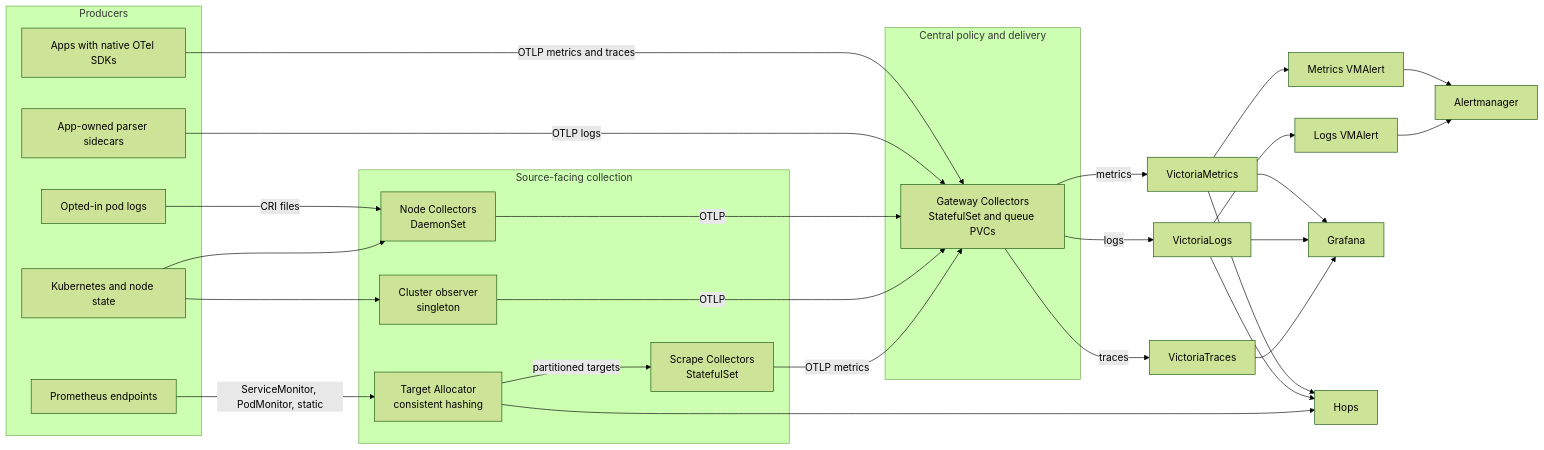
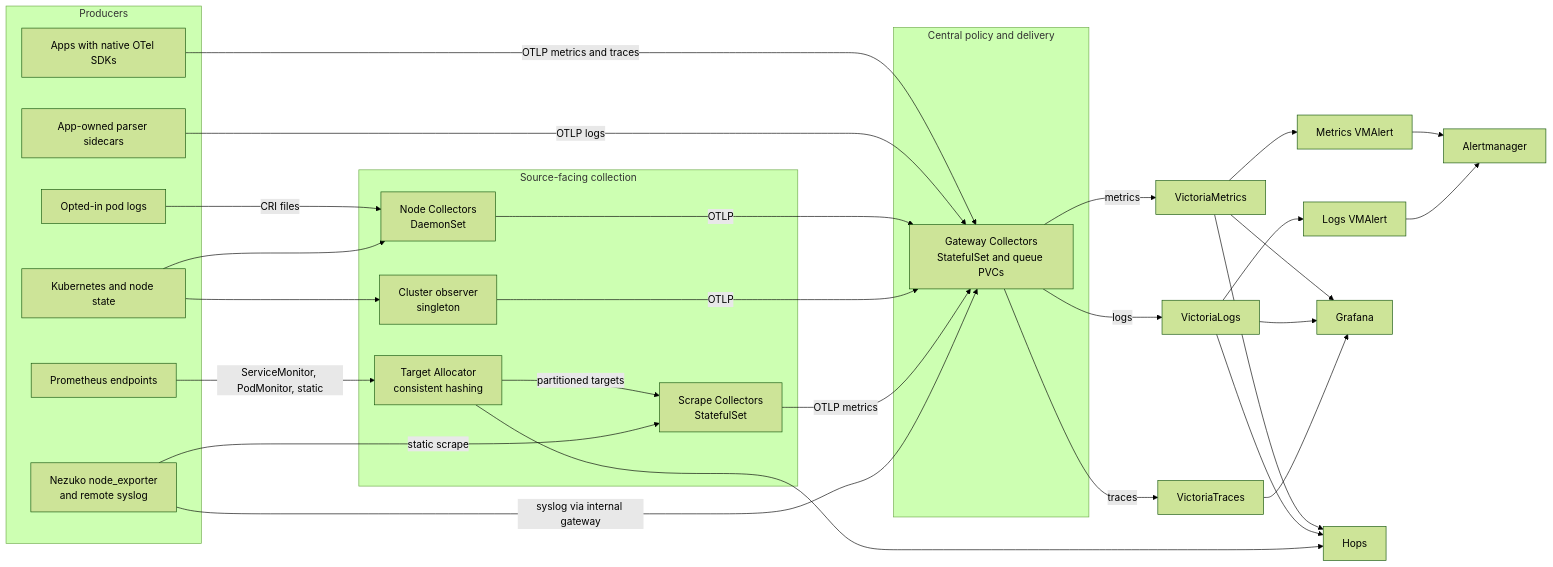
Before and after one commit to rcdailey/home-ops: the diagram in docs/architecture/observability.md, drawn with Mermaid (forest theme). The commit also changed other lines of this file, not shown here.

First line of the commit message:
docs(observability): describe the architecture instead of prescribing it

````diff
--- a/docs/architecture/observability.md
+++ b/docs/architecture/observability.md
@@ -12,47 +12,50 @@
 ```mermaid
 flowchart LR
     subgraph Producers
         Apps[Apps with native OTel SDKs]
         Pods[Opted-in pod logs]
         Sidecars[App-owned parser sidecars]
         Targets[Prometheus endpoints]
         Cluster[Kubernetes and node state]
+        Unraid[Nezuko node_exporter<br/>and remote syslog]
     end
 
     subgraph Collection[Source-facing collection]
         Nodes[Node Collectors<br/>DaemonSet]
         Observer[Cluster observer<br/>singleton]
         TA[Target Allocator<br/>consistent hashing]
         Scrapers[Scrape Collectors<br/>StatefulSet]
     end
 
     subgraph Policy[Central policy and delivery]
         Gateway[Gateway Collectors<br/>StatefulSet and queue PVCs]
     end
 
     Apps -->|OTLP metrics and traces| Gateway
     Pods -->|CRI files| Nodes
     Sidecars -->|OTLP logs| Gateway
     Targets -->|ServiceMonitor, PodMonitor, static| TA
     TA -->|partitioned targets| Scrapers
     Cluster --> Nodes
     Cluster --> Observer
     Nodes -->|OTLP| Gateway
     Observer -->|OTLP| Gateway
     Scrapers -->|OTLP metrics| Gateway
+    Unraid -->|static scrape| Scrapers
+    Unraid -->|syslog via internal gateway| Gateway
 
     Gateway -->|metrics| VM[VictoriaMetrics]
     Gateway -->|logs| VL[VictoriaLogs]
     Gateway -->|traces| VT[VictoriaTraces]
 
     VM --> MetricsAlert[Metrics VMAlert]
     VL --> LogsAlert[Logs VMAlert]
     MetricsAlert --> AM[Alertmanager]
     LogsAlert --> AM
     VM --> Grafana
     VL --> Grafana
     VT --> Grafana
     VM --> Hops
     VL --> Hops
     TA --> Hops
 ```
````
